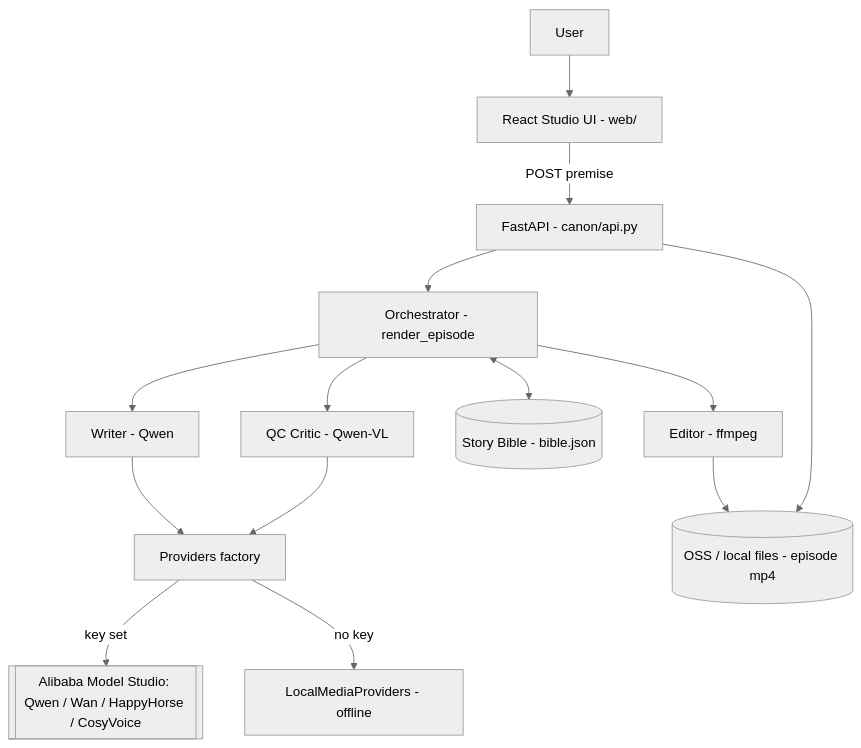
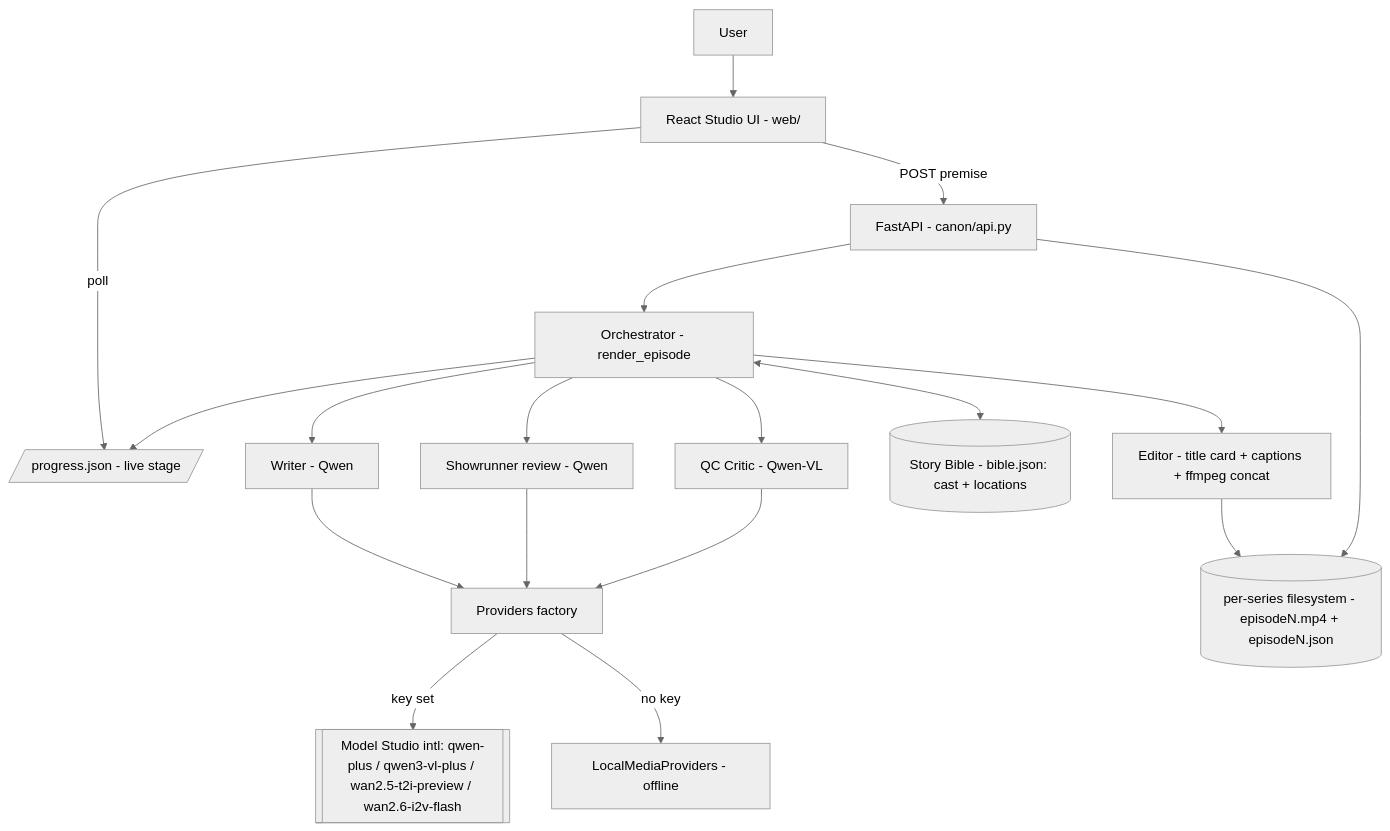
The first of 2 diagrams in canon/architecture.md (Hakkuoooo/canon), drawn with Mermaid (neutral theme) before and after one commit. The commit also changed other lines of this file and 3 other files, not shown here.

````diff
--- a/canon/architecture.md
+++ b/canon/architecture.md
@@ -5,16 +5,20 @@
 ```mermaid
 flowchart TD
   U[User] --> UI[React Studio UI - web/]
   UI -->|POST premise| API[FastAPI - canon/api.py]
+  UI -->|poll| PROG[/progress.json - live stage/]
   API --> ORCH[Orchestrator - render_episode]
   ORCH --> W[Writer - Qwen]
+  ORCH --> SR[Showrunner review - Qwen]
   ORCH --> QC[QC Critic - Qwen-VL]
-  ORCH <--> BIB[(Story Bible - bible.json)]
+  ORCH <--> BIB[(Story Bible - bible.json: cast + locations)]
+  ORCH --> PROG
   W --> PROV[Providers factory]
+  SR --> PROV
   QC --> PROV
-  ORCH --> ED[Editor - ffmpeg]
-  PROV -->|key set| DS[[Alibaba Model Studio: Qwen / Wan / HappyHorse / CosyVoice]]
+  ORCH --> ED[Editor - title card + captions + ffmpeg concat]
+  PROV -->|key set| DS[[Model Studio intl: qwen-plus / qwen3-vl-plus / wan2.5-t2i-preview / wan2.6-i2v-flash]]
   PROV -->|no key| LOC[LocalMediaProviders - offline]
-  ED --> OSS[(OSS / local files - episode mp4)]
-  API --> OSS
+  ED --> FS[(per-series filesystem - episodeN.mp4 + episodeN.json)]
+  API --> FS
 ```
````
